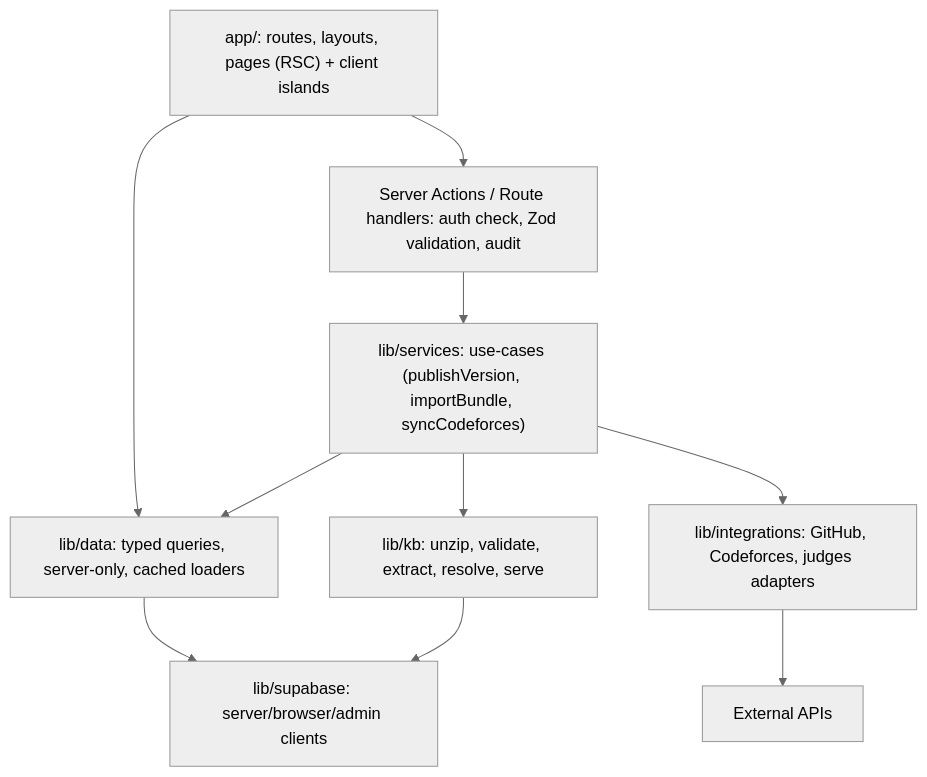
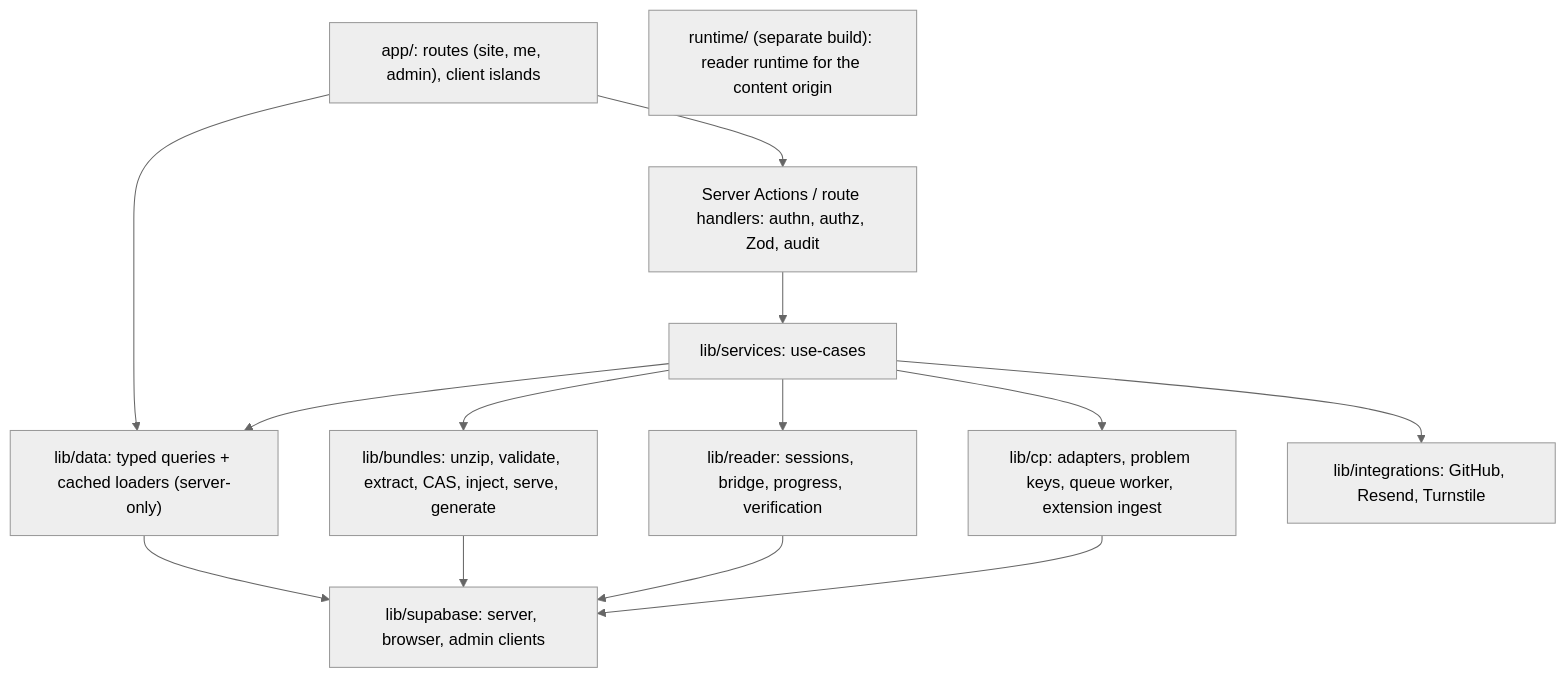
The third of 6 diagrams in docs/06-system-architecture.md (eyasir329/portfolio), drawn with Mermaid (neutral theme) before and after one commit. The commit also changed other lines of this file and 25 other files, not shown here.

````diff
--- a/docs/06-system-architecture.md
+++ b/docs/06-system-architecture.md
@@ -127,12 +120,13 @@
 ```mermaid
 flowchart TB
-  UI["app/: routes, layouts, pages (RSC) + client islands"] --> ACT["Server Actions / Route handlers: auth check, Zod validation, audit"]
+  UI["app/: routes (site, me, admin), client islands"] --> ACT["Server Actions / route handlers: authn, authz, Zod, audit"]
   UI --> DATA
-  ACT --> SVC["lib/services: use-cases (publishVersion, importBundle, syncCodeforces)"]
-  SVC --> DATA["lib/data: typed queries, server-only, cached loaders"]
-  SVC --> INT["lib/integrations: GitHub, Codeforces, judges adapters"]
-  SVC --> KBL["lib/kb: unzip, validate, extract, resolve, serve"]
-  DATA --> SBC["lib/supabase: server/browser/admin clients"]
-  KBL --> SBC
-  INT --> EXT["External APIs"]
+  ACT --> SVC["lib/services: use-cases"]
+  SVC --> DATA["lib/data: typed queries + cached loaders (server-only)"]
+  SVC --> BUN["lib/bundles: unzip, validate, extract, CAS, inject, serve, generate"]
+  SVC --> RDR["lib/reader: sessions, bridge, progress, verification"]
+  SVC --> CPX["lib/cp: adapters, problem keys, queue worker, extension ingest"]
+  SVC --> INT["lib/integrations: GitHub, Resend, Turnstile"]
+  DATA & BUN & RDR & CPX --> SBC["lib/supabase: server, browser, admin clients"]
+  RT["runtime/ (separate build): reader runtime for the content origin"]
 ```
````
